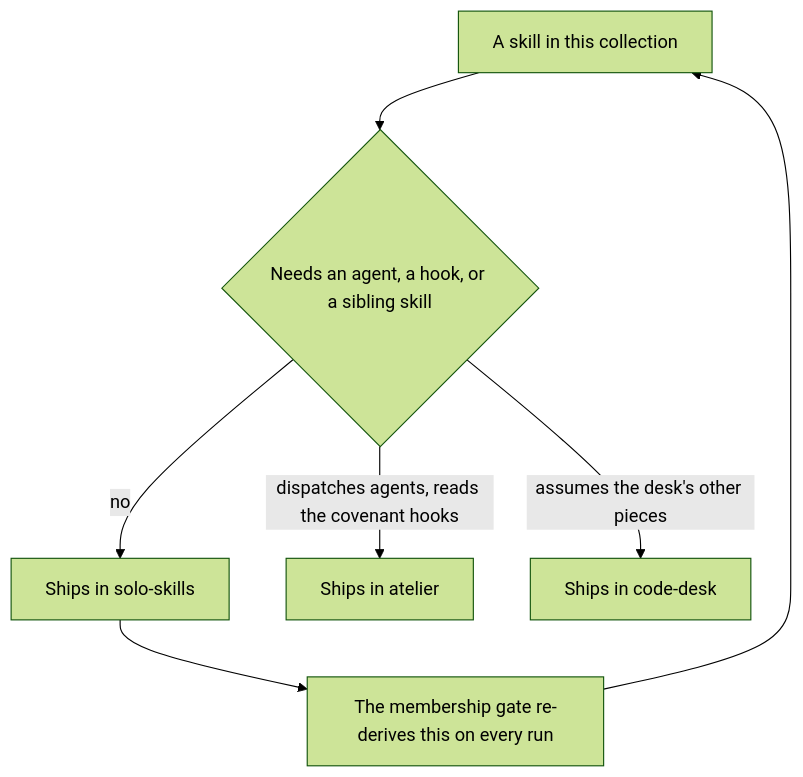
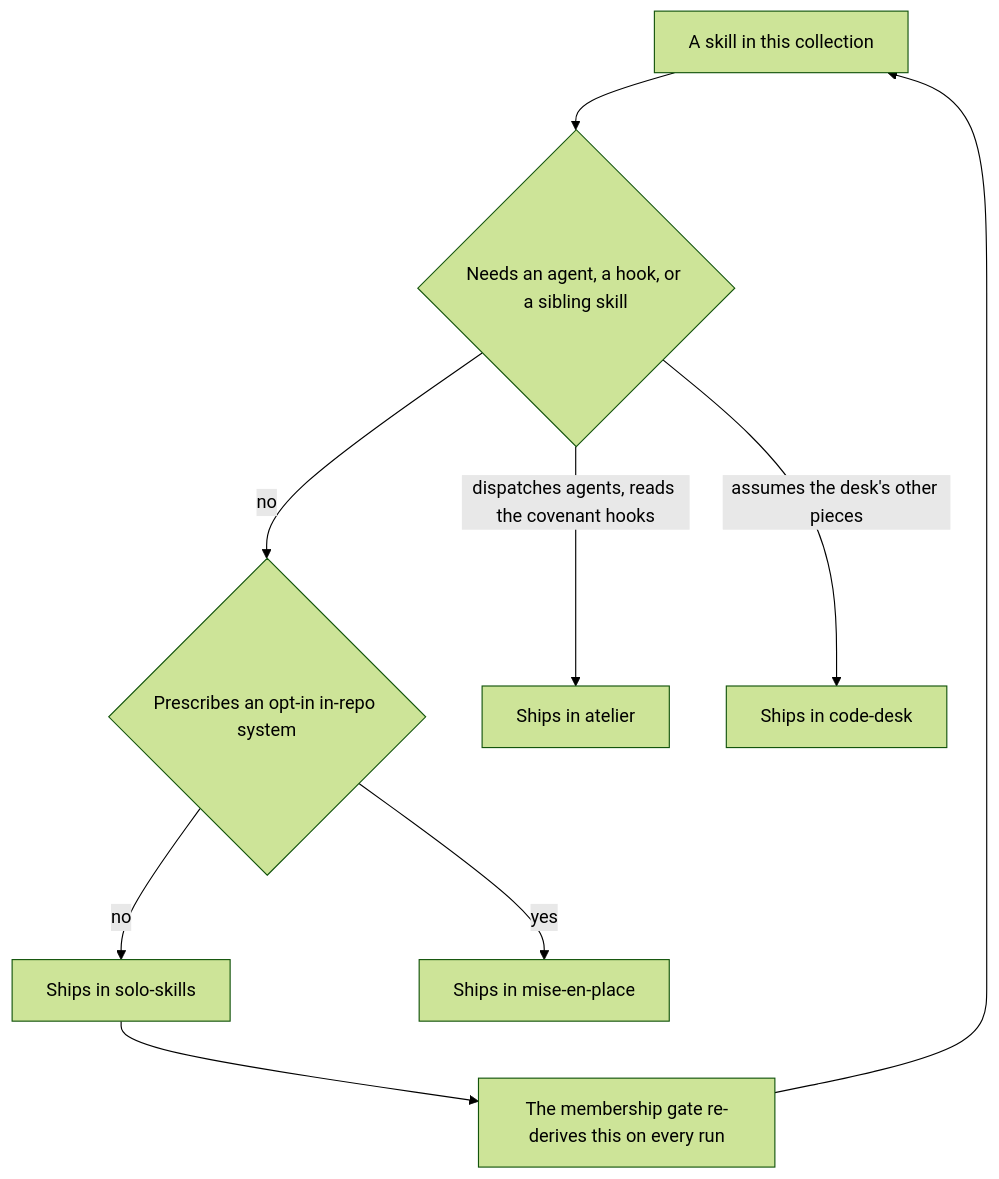
Before and after one commit to hsb3/dotfiles-agents: the diagram in plugins/solo-skills/README.md, drawn with Mermaid (forest theme). The commit also changed other lines of this file and 60 other files, not shown here.

````diff
--- a/plugins/solo-skills/README.md
+++ b/plugins/solo-skills/README.md
@@ -17,9 +17,11 @@
 ```mermaid
 flowchart TD
     Skill[A skill in this collection] --> Q{Needs an agent, a hook, or a sibling skill}
-    Q -->|no| Solo[Ships in solo-skills]
+    Q -->|no| Sys{Prescribes an opt-in in-repo system}
+    Sys -->|no| Solo[Ships in solo-skills]
+    Sys -->|yes| MEP[Ships in mise-en-place]
     Q -->|dispatches agents, reads the covenant hooks| At[Ships in atelier]
     Q -->|assumes the desk's other pieces| CD[Ships in code-desk]
     Solo --> Gate[The membership gate re-derives this on every run]
     Gate --> Skill
 ```
````
